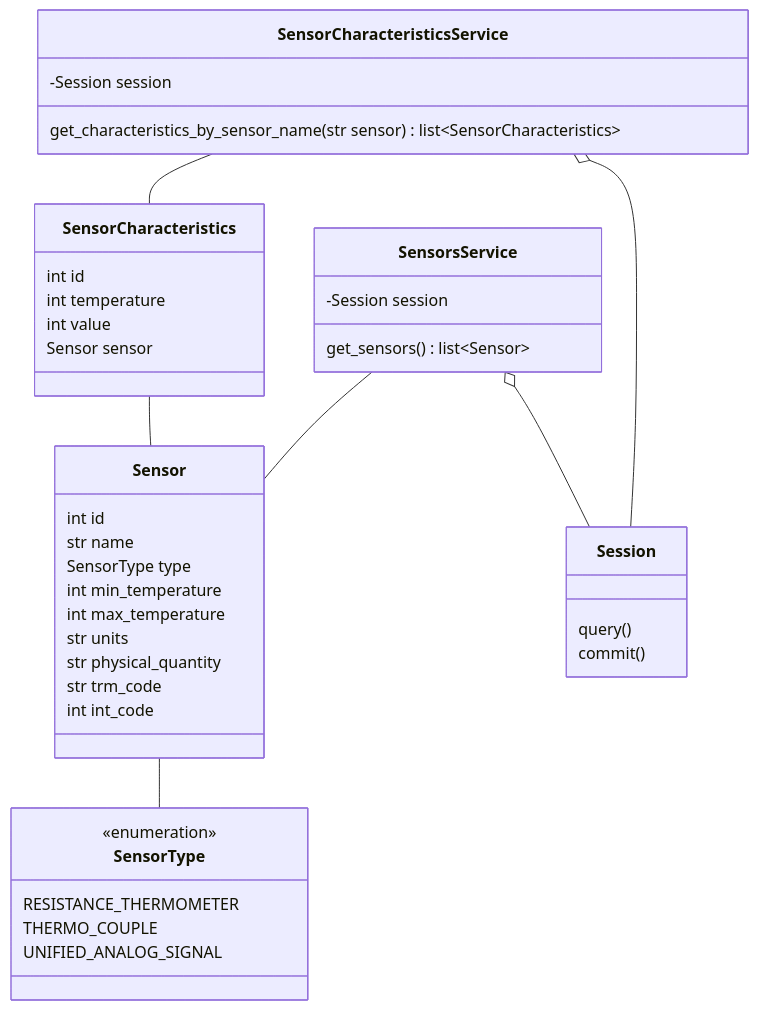
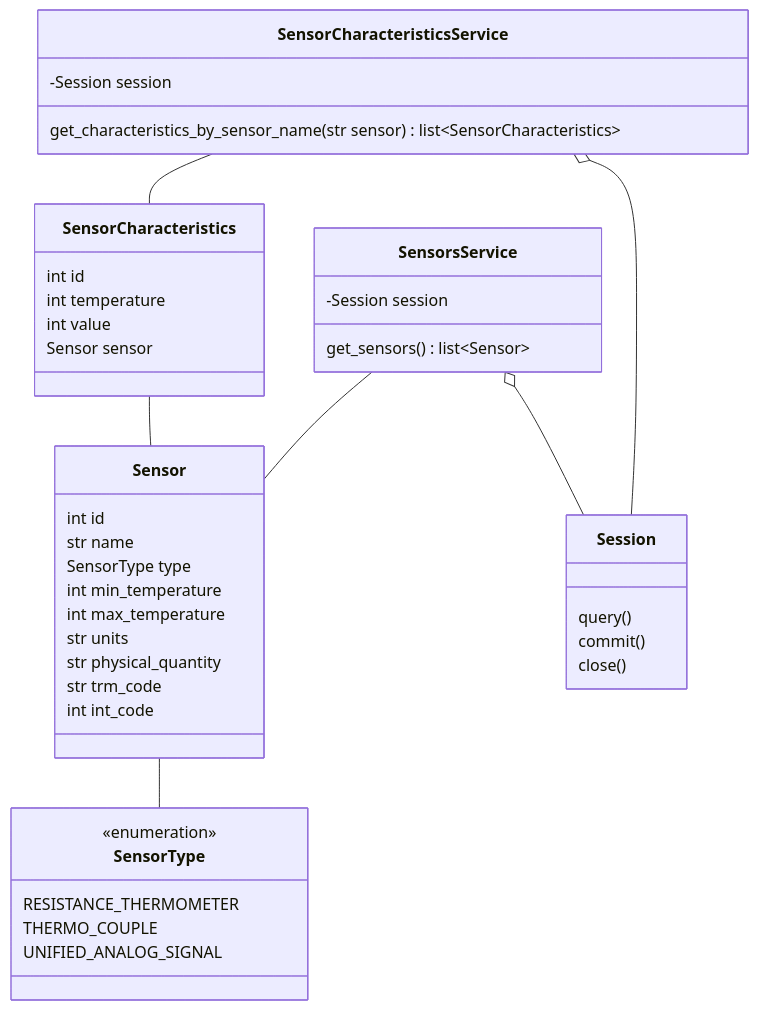
Before and after one commit to Marik28/dissertation: the sixth of 7 diagrams in data/diagrams/диаграмма классов.md, drawn with Mermaid. The commit also changed other lines of this file and 4 other files, not shown here.

````diff
--- a/data/diagrams/диаграмма классов.md
+++ b/data/diagrams/диаграмма классов.md
@@ -349,51 +325,52 @@
 ```mermaid
 classDiagram
 
     class SensorCharacteristics {
         int id
         int temperature
         int value
         Sensor sensor
     }
     
     class SensorsService {
         -Session session
         get_sensors() list~Sensor~
     }
     
     class SensorCharacteristicsService {
         -Session session
         get_characteristics_by_sensor_name(str sensor) list~SensorCharacteristics~
     }
 
     class Sensor {
         int id
         str name
         SensorType type
         int min_temperature
         int max_temperature
         str units
         str physical_quantity
         str trm_code
         int int_code
     }
     
     class SensorType {
         <<enumeration>>
         RESISTANCE_THERMOMETER
         THERMO_COUPLE
         UNIFIED_ANALOG_SIGNAL
     }
 
     class Session {
         query()
         commit()
+        close()
     }
 
     SensorsService o-- Session
     SensorCharacteristics -- Sensor
     SensorsService -- Sensor
     Sensor -- SensorType
     SensorCharacteristicsService -- SensorCharacteristics
     SensorCharacteristicsService o-- Session
 ```
````
